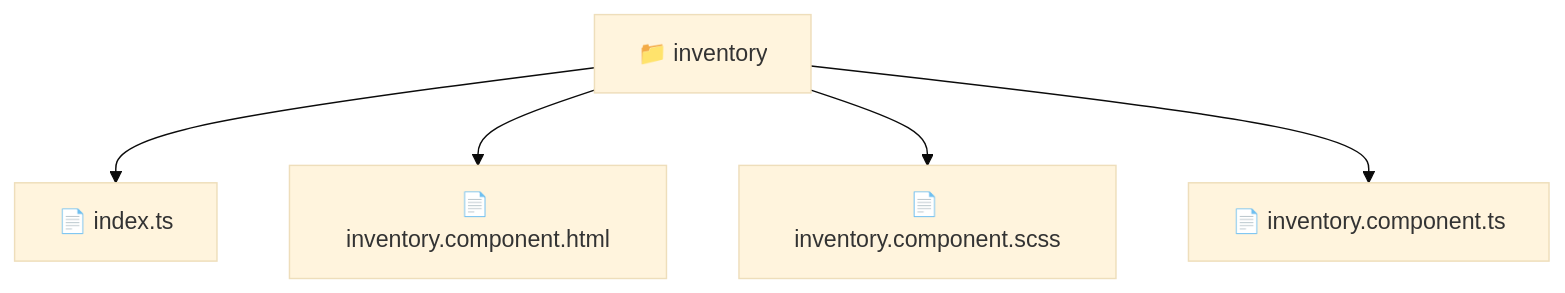
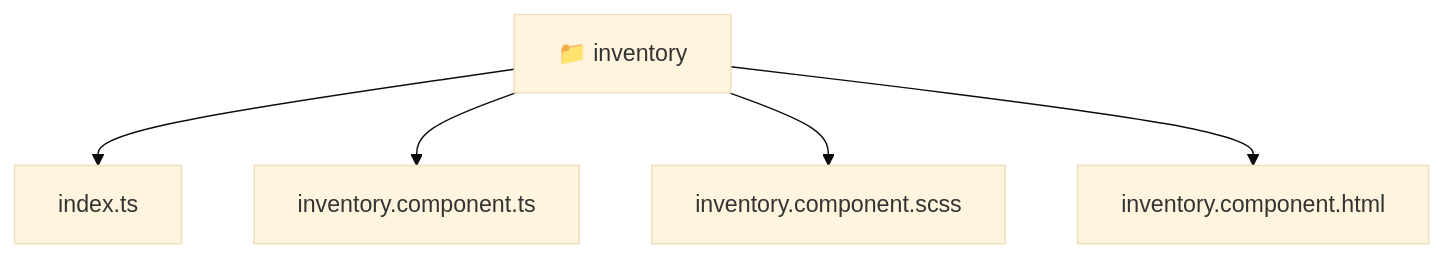
Before and after one commit to beginwebdev2002/fullstack-mavluda: the diagram in frontend/src/pages/inventory/README.md, drawn with Mermaid (base theme). The commit also changed other lines of this file and 167 other files, not shown here.

````diff
--- a/frontend/src/pages/inventory/README.md
+++ b/frontend/src/pages/inventory/README.md
@@ -11,8 +11,12 @@
 ```mermaid
 graph TD
-  Root["📁 inventory"]
-  Root --> index_ts["📄 index.ts"]
-  Root --> inventory_component_html["📄 inventory.component.html"]
-  Root --> inventory_component_scss["📄 inventory.component.scss"]
-  Root --> inventory_component_ts["📄 inventory.component.ts"]
+  Root_inventory["📁 inventory"]
+  f_index_ts["index.ts"]
+  Root_inventory --> f_index_ts
+  f_inventory_component_ts["inventory.component.ts"]
+  Root_inventory --> f_inventory_component_ts
+  f_inventory_component_scss["inventory.component.scss"]
+  Root_inventory --> f_inventory_component_scss
+  f_inventory_component_html["inventory.component.html"]
+  Root_inventory --> f_inventory_component_html
 ```
````
